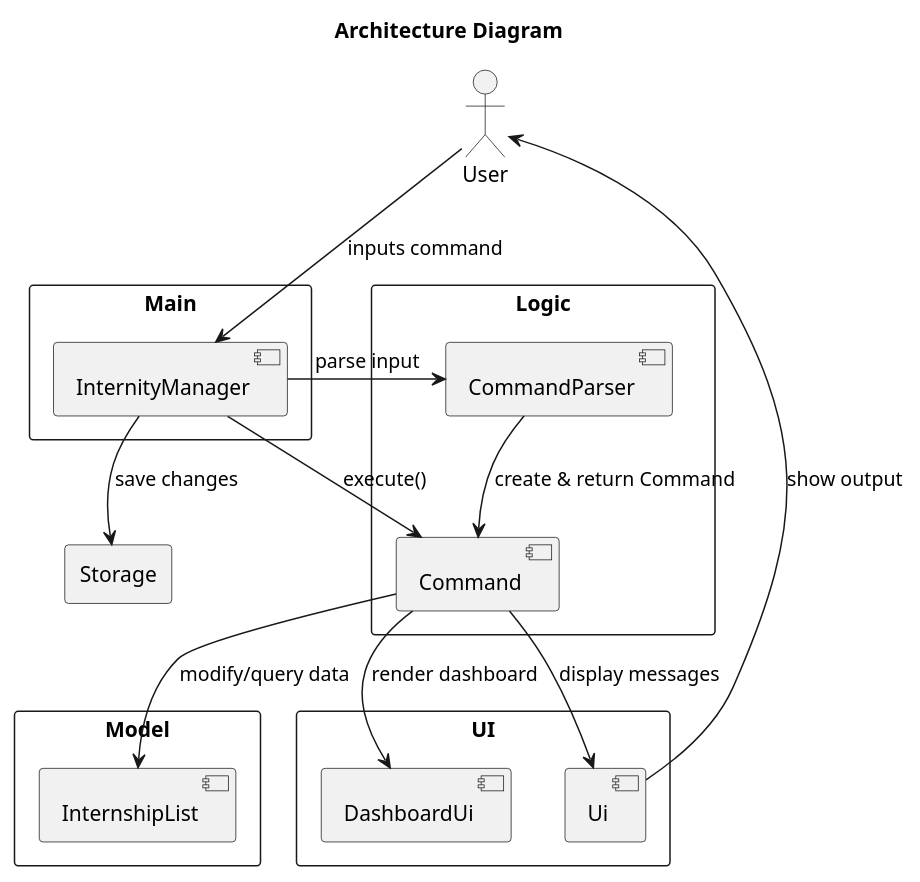
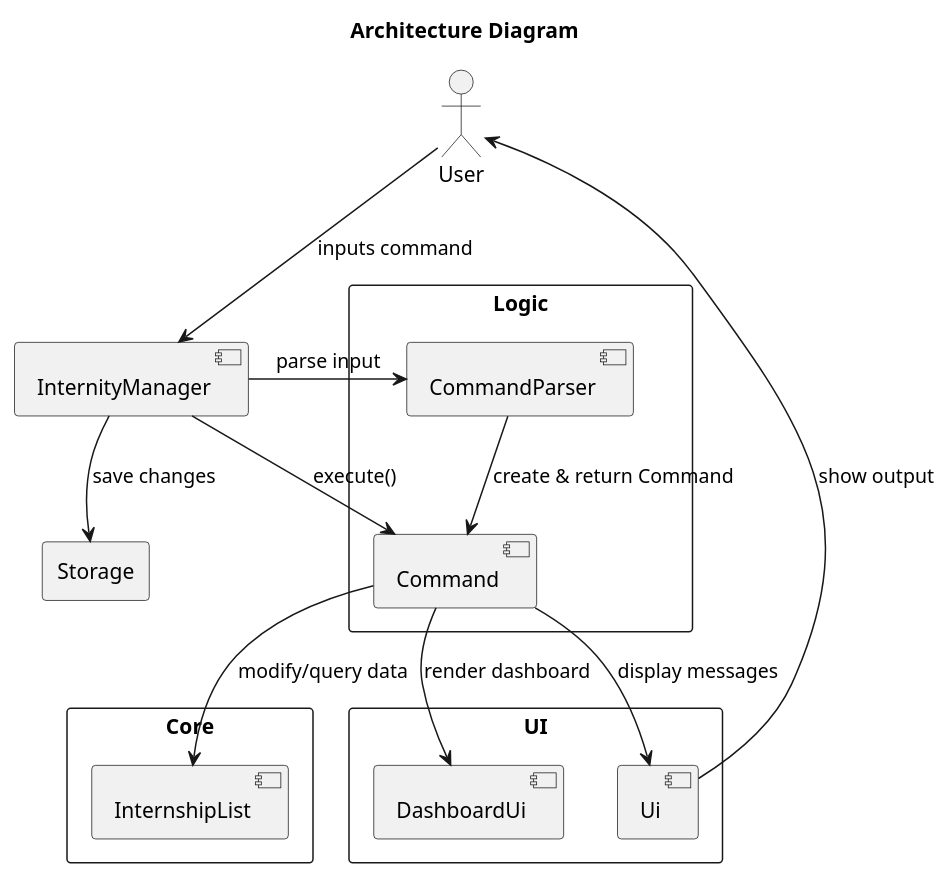
The diagram in docs/diagrams/ArchitectureOverview.puml (BenyAlbatross/tp), drawn with PlantUML before and after one commit. The commit also changed 4 other files, not shown here.

```diff
--- a/docs/diagrams/ArchitectureOverview.puml
+++ b/docs/diagrams/ArchitectureOverview.puml
@@ -1,40 +1,35 @@
 @startuml
 title Architecture Diagram
 
 actor User
-
-rectangle "Main" {
-    [InternityManager]
-}
 
 rectangle "Logic" {
     [CommandParser]
     [Command]
 }
 
-rectangle "Model" {
+rectangle "Core" {
     [InternshipList]
-
 }
 
 rectangle "Storage" {
 
 }
 
 rectangle "UI" {
     [Ui]
     [DashboardUi]
 }
 
 User --> [InternityManager] : inputs command
 [InternityManager] --> [CommandParser] : parse input
 [CommandParser] --> [Command] : create & return Command
 [InternityManager] --> [Command] : execute()
 
 [Command] --> [InternshipList] : modify/query data
 [InternityManager] --> [Storage] : save changes
 [Command] --> [Ui] : display messages
 [Command] --> [DashboardUi] : render dashboard
 [Ui] --> User : show output
 
 @enduml
```
